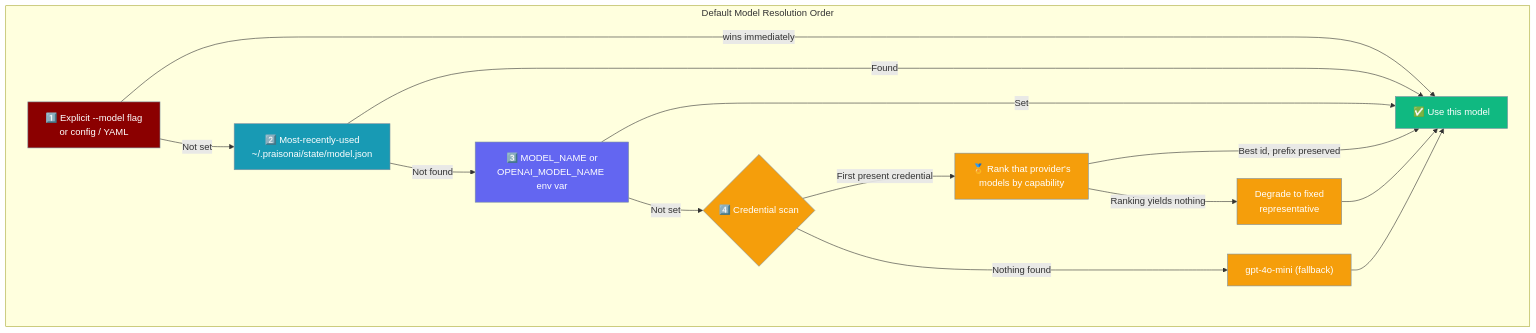
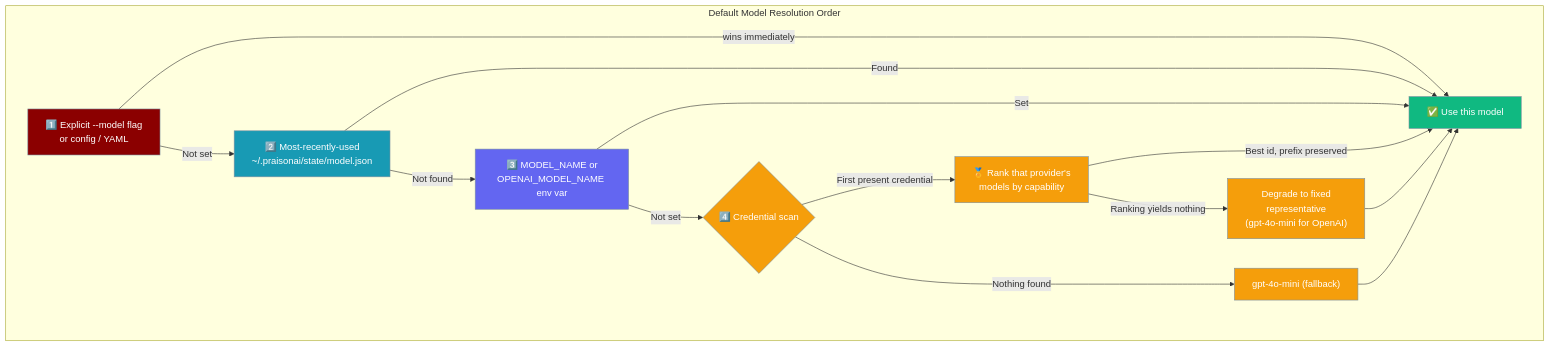
One commit to MervinPraison/PraisonAIDocs changed the fifth of 6 diagrams in docs/features/default-model-selection.mdx. Above: the diagram before and after it, drawn with Mermaid. The commit also changed other lines of this file, not shown here.

````diff
--- a/docs/features/default-model-selection.mdx
+++ b/docs/features/default-model-selection.mdx
@@ -107,29 +107,29 @@
 ```mermaid
 graph TB
     subgraph "Default Model Resolution Order"
         E["1️⃣ Explicit --model flag\nor config / YAML"] -->|"wins immediately"| USE["✅ Use this model"]
         E -->|Not set| R["2️⃣ Most-recently-used\n~/.praisonai/state/model.json"]
         R -->|Found| USE
         R -->|Not found| ENV["3️⃣ MODEL_NAME or\nOPENAI_MODEL_NAME env var"]
         ENV -->|Set| USE
         ENV -->|Not set| CRED{"4️⃣ Credential scan"}
         CRED -->|First present credential| RANK["🏅 Rank that provider's\nmodels by capability"]
         CRED -->|Nothing found| FB["gpt-4o-mini (fallback)"]
         RANK -->|Best id, prefix preserved| USE
-        RANK -->|Ranking yields nothing| REP["Degrade to fixed\nrepresentative"]
+        RANK -->|Ranking yields nothing| REP["Degrade to fixed\nrepresentative\n(gpt-4o-mini for OpenAI)"]
         REP --> USE
         FB --> USE
     end
 
     classDef explicit fill:#8B0000,stroke:#7C90A0,color:#fff
     classDef mru fill:#189AB4,stroke:#7C90A0,color:#fff
     classDef env fill:#6366F1,stroke:#7C90A0,color:#fff
     classDef cred fill:#F59E0B,stroke:#7C90A0,color:#fff
     classDef use fill:#10B981,stroke:#7C90A0,color:#fff
 
     class E explicit
     class R mru
     class ENV env
     class CRED,RANK,REP,FB cred
     class USE use
 ```
````
